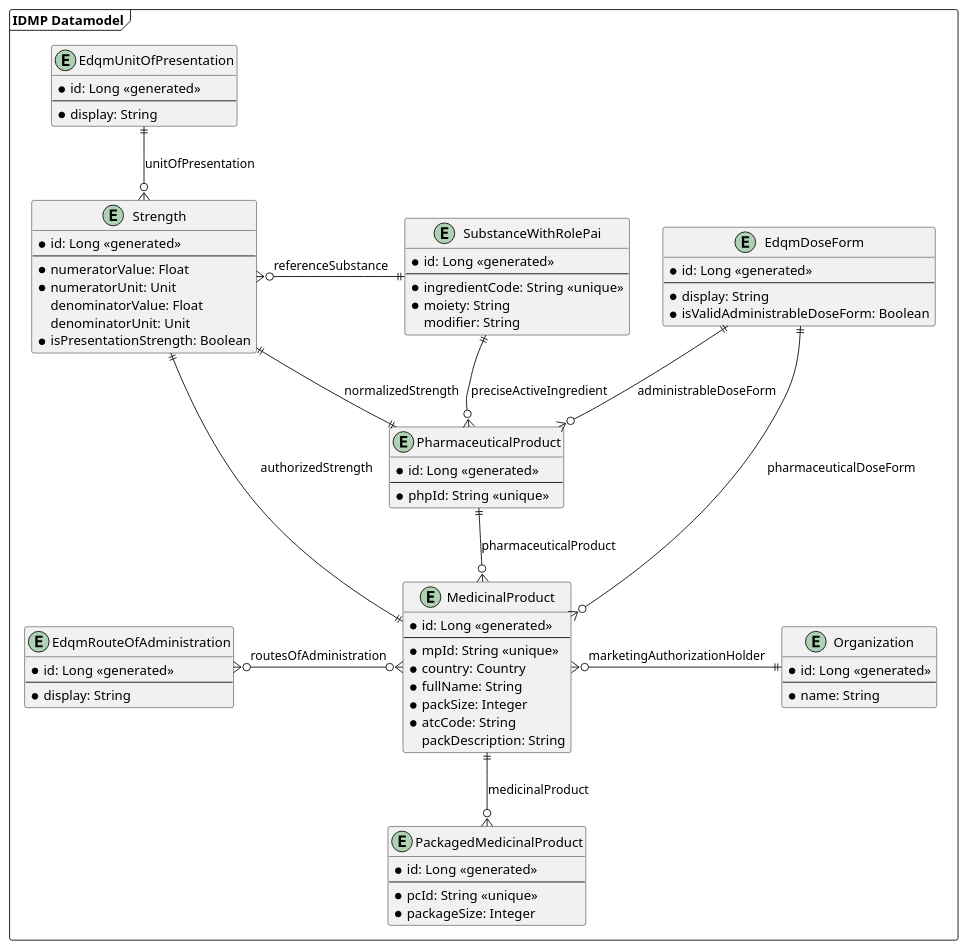
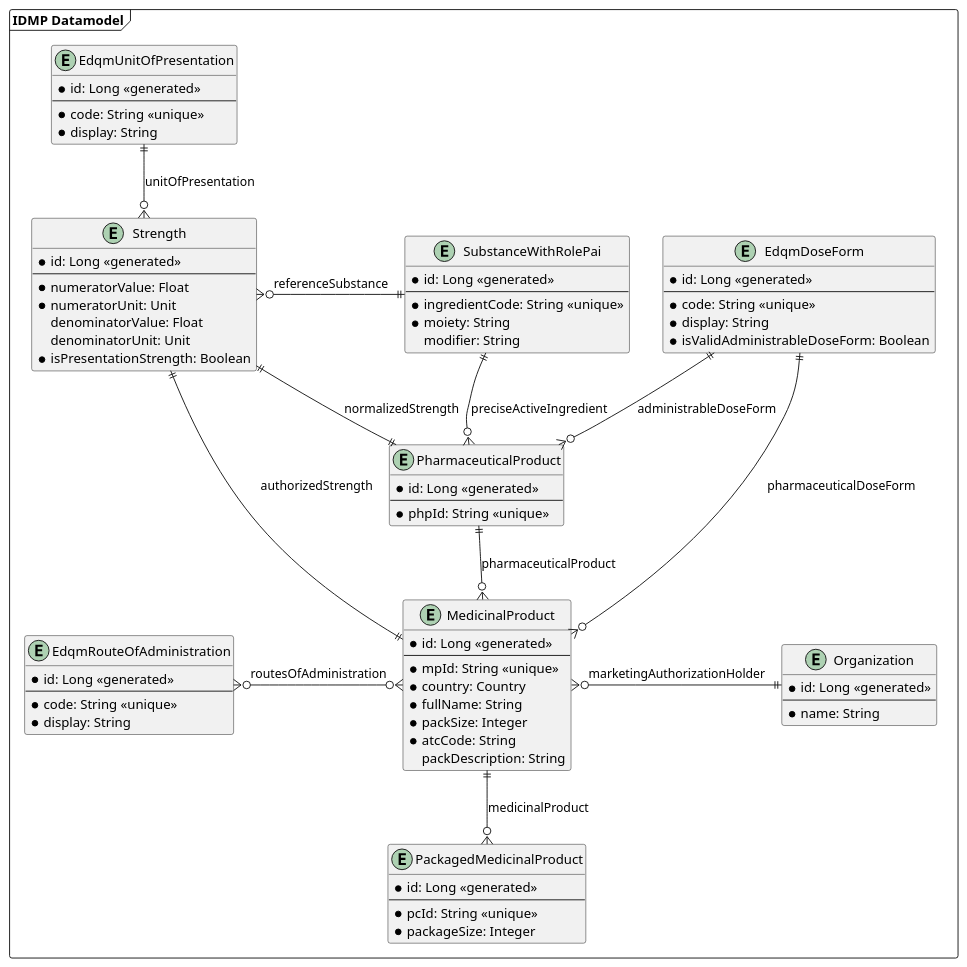
The diagram in uml/class/datamodel.puml (unicom-project-eu/wp6-db-api), drawn with PlantUML before and after one commit. The commit also changed 3 other files, not shown here.

```diff
--- a/uml/class/datamodel.puml
+++ b/uml/class/datamodel.puml
@@ -1,90 +1,93 @@
 @startuml
 'https://plantuml.com/class-diagram
 
 package "IDMP Datamodel" as idmpDatamodel <<frame>> {
     entity EdqmRouteOfAdministration {
         * id: Long <<generated>>
         --
+        * code: String <<unique>>
         * display: String
     }
 
     entity EdqmUnitOfPresentation {
         * id: Long <<generated>>
         --
+        * code: String <<unique>>
         * display: String
     }
 
     together {
         entity EdqmDoseForm {
             * id: Long <<generated>>
             --
+            * code: String <<unique>>
             * display: String
             * isValidAdministrableDoseForm: Boolean
         }
 
         entity Strength {
             * id: Long <<generated>>
             --
             * numeratorValue: Float
             * numeratorUnit: Unit
             denominatorValue: Float
             denominatorUnit: Unit
             * isPresentationStrength: Boolean
         }
 
         entity SubstanceWithRolePai {
             * id: Long <<generated>>
             --
             * ingredientCode: String <<unique>>
             * moiety: String
             modifier: String
         }
     }
 
     entity PharmaceuticalProduct {
         * id: Long <<generated>>
         --
         * phpId: String <<unique>>
     }
 
     entity MedicinalProduct {
         * id: Long <<generated>>
         --
         * mpId: String <<unique>>
         * country: Country
         * fullName: String
         * packSize: Integer
         * atcCode: String
         packDescription: String
     }
 
     entity PackagedMedicinalProduct {
         * id: Long <<generated>>
         --
         * pcId: String <<unique>>
         * packageSize: Integer
     }
 
     entity Organization {
         * id: Long <<generated>>
         --
         * name: String
     }
 
     SubstanceWithRolePai ||------o{ PharmaceuticalProduct : preciseActiveIngredient
     EdqmDoseForm ||--o{ PharmaceuticalProduct : administrableDoseForm
     Strength ||--|| PharmaceuticalProduct : normalizedStrength
 
     PharmaceuticalProduct ||--o{ MedicinalProduct : pharmaceuticalProduct
 
     MedicinalProduct ||--o{ PackagedMedicinalProduct : medicinalProduct
     MedicinalProduct }o--|| EdqmDoseForm : pharmaceuticalDoseForm
     MedicinalProduct ||--|| Strength : authorizedStrength
     EdqmRouteOfAdministration }o-o{ MedicinalProduct : routesOfAdministration
     EdqmUnitOfPresentation ||--o{ Strength: unitOfPresentation
 
     MedicinalProduct }o-|| Organization : marketingAuthorizationHolder
 
     Strength }o-|| SubstanceWithRolePai : referenceSubstance
 }
 @enduml
```
